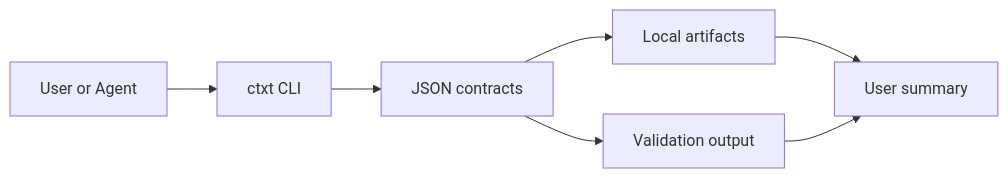
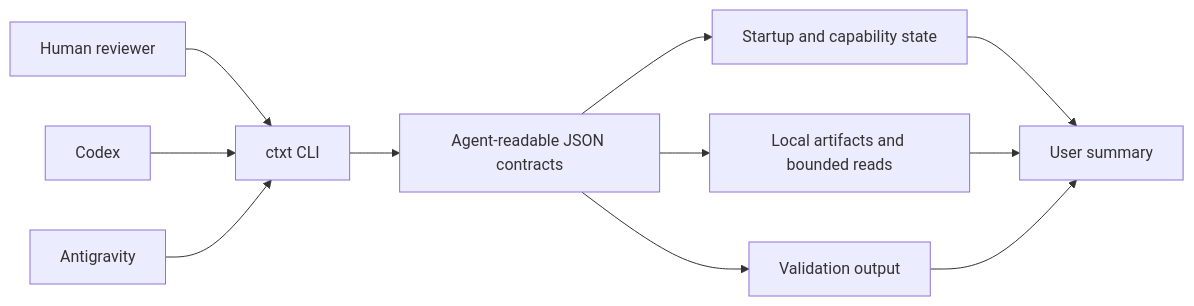
One commit to ProfRandom92/Comptext-cli changed the first of 2 diagrams in README.md. Above: the diagram before and after it, drawn with Mermaid. The commit also changed other lines of this file, not shown here.

Commit message:
Polish README for CompText CLI release candidate

````diff
--- a/README.md
+++ b/README.md
@@ -64,9 +161,13 @@
 ```mermaid
 flowchart LR
-    user["User or Agent"] --> cli["ctxt CLI"]
-    cli --> contracts["JSON contracts"]
-    contracts --> artifacts["Local artifacts"]
+    human["Human reviewer"] --> cli["ctxt CLI"]
+    codex["Codex"] --> cli
+    antigravity["Antigravity"] --> cli
+    cli --> contracts["Agent-readable JSON contracts"]
+    contracts --> startup["Startup and capability state"]
+    contracts --> evidence["Local artifacts and bounded reads"]
     contracts --> validation["Validation output"]
-    artifacts --> summary["User summary"]
+    startup --> summary["User summary"]
+    evidence --> summary
     validation --> summary
 ```
````
